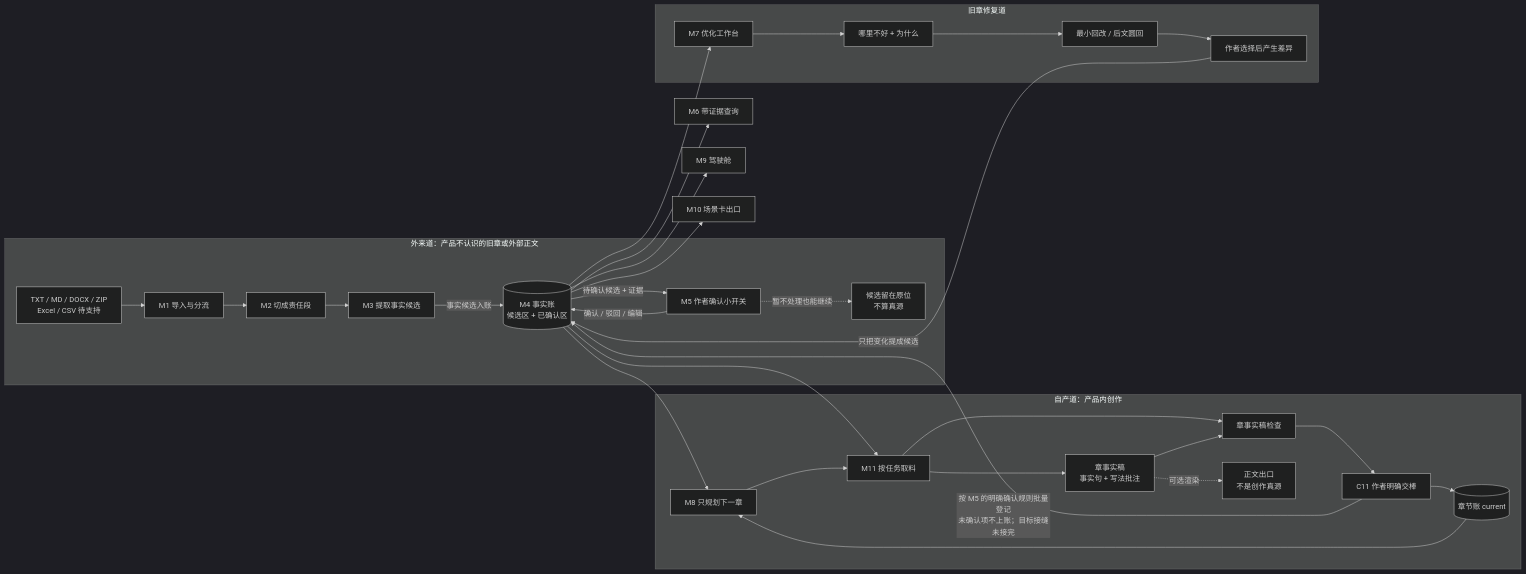
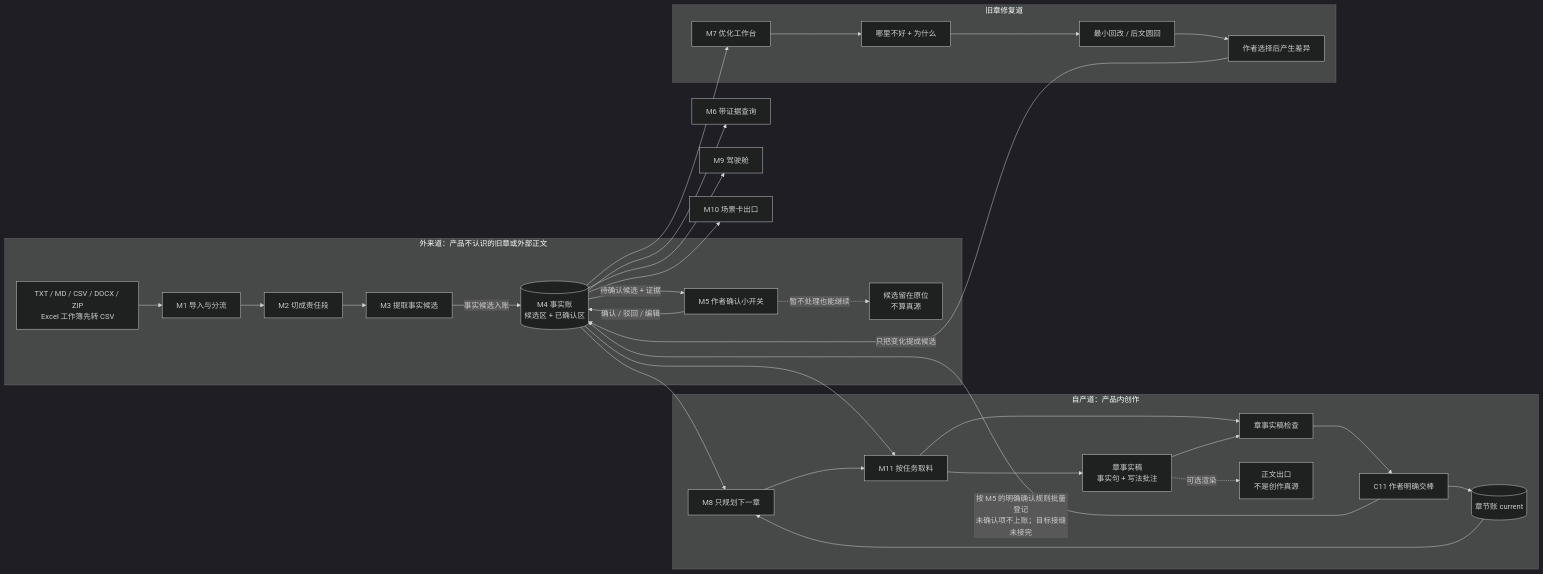
One commit to cczz412/novel-architecture changed the first of 2 diagrams in novel-mvp/ARCHITECTURE.md. Above: the diagram before and after it, drawn with Mermaid (dark theme). The commit also changed other lines of this file and 5 other files, not shown here.

Commit message:
feat: add CSV intake and Excel conversion gate

````diff
--- a/novel-mvp/ARCHITECTURE.md
+++ b/novel-mvp/ARCHITECTURE.md
@@ -13,38 +13,38 @@
 ```mermaid
 flowchart LR
     subgraph 外来道[外来道：产品不认识的旧章或外部正文]
-        EXT[TXT / MD / DOCX / ZIP<br/>Excel / CSV 待支持] --> M1[M1 导入与分流]
+        EXT[TXT / MD / CSV / DOCX / ZIP<br/>Excel 工作簿先转 CSV] --> M1[M1 导入与分流]
         M1 --> M2[M2 切成责任段]
         M2 --> M3[M3 提取事实候选]
         M3 -->|事实候选入账| M4[(M4 事实账<br/>候选区 + 已确认区)]
         M4 -->|待确认候选 + 证据| M5[M5 作者确认小开关]
         M5 -->|确认 / 驳回 / 编辑| M4
         M5 -. 暂不处理也能继续 .-> HOLD[候选留在原位<br/>不算真源]
     end
 
     subgraph 自产道[自产道：产品内创作]
         M8[M8 只规划下一章] --> M11[M11 按任务取料]
         M11 --> DRAFT[章事实稿<br/>事实句 + 写法批注]
         M11 --> CHECK[章事实稿检查]
         DRAFT --> CHECK
         CHECK --> C11[C11 作者明确交棒]
         C11 --> CHAPTER[(章节账 current)]
         C11 -->|按 M5 的明确确认规则批量登记<br/>未确认项不上账；目标接缝未接完| M4
         DRAFT -. 可选渲染 .-> PROSE[正文出口<br/>不是创作真源]
         CHAPTER --> M8
     end
 
     subgraph 旧章修复道[旧章修复道]
         M7[M7 优化工作台] --> WHY[哪里不好 + 为什么]
         WHY --> TWO[最小回改 / 后文圆回]
         TWO --> DIFF[作者选择后产生差异]
         DIFF -->|只把变化提成候选| M4
     end
 
     M4 --> M6[M6 带证据查询]
     M4 --> M7
     M4 --> M8
     M4 --> M9[M9 驾驶舱]
     M4 --> M10[M10 场景卡出口]
     M4 --> M11
 ```
````
